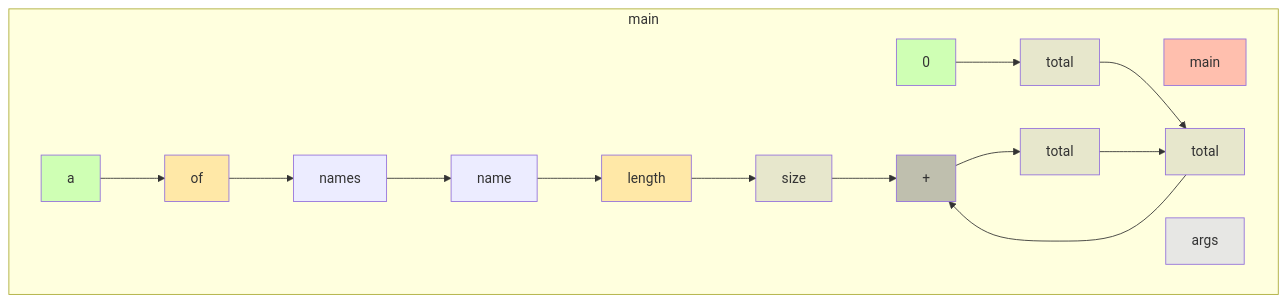
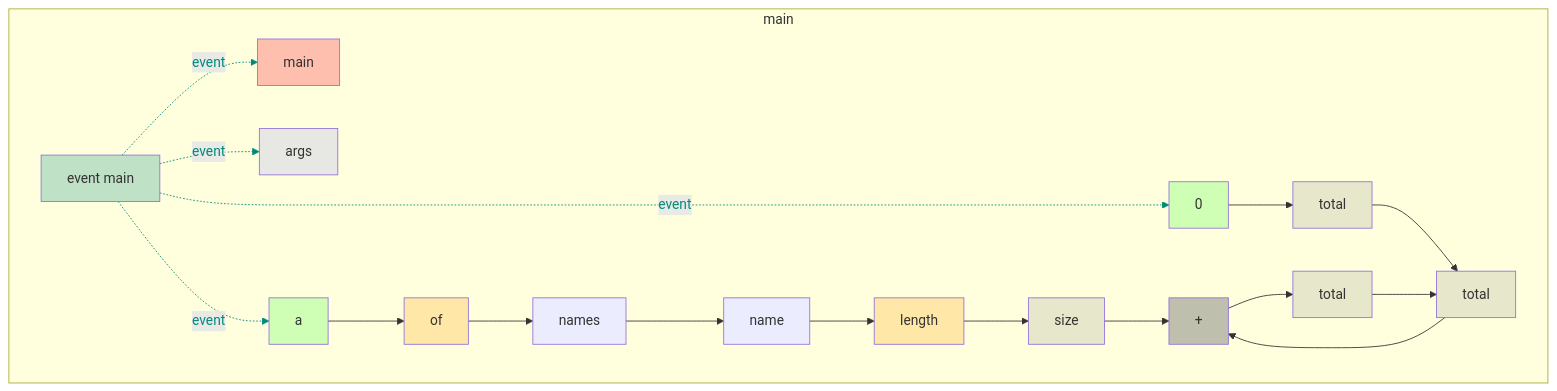
Before and after one commit to gstiebler/codeflow: the diagram in app/src/test/resources/enhancedFor/snapshot.md, drawn with Mermaid. The commit also changed 77 other files, not shown here.

````diff
--- a/app/src/test/resources/enhancedFor/snapshot.md
+++ b/app/src/test/resources/enhancedFor/snapshot.md
@@ -1,36 +1,46 @@
 ```mermaid
 flowchart TD
   subgraph b0["main"]
-    n1[main]:::RETURN
-    n2[args]:::FUNC_PARAM
-    n3["a"]:::LITERAL
-    n4[of]:::EXTERNAL
-    n5[names]:::OBJ_VARIABLE
-    n6[0]:::LITERAL
-    n7[total]:::VARIABLE
+    n1[event main]:::EVENT
+    n2[main]:::RETURN
+    n3[args]:::FUNC_PARAM
+    n4["a"]:::LITERAL
+    n5[of]:::EXTERNAL
+    n6[names]:::OBJ_VARIABLE
+    n7[0]:::LITERAL
     n8[total]:::VARIABLE
-    n9[name]:::OBJ_VARIABLE
-    n10[length]:::EXTERNAL
-    n11[size]:::VARIABLE
-    n12[+]:::BIN_OP
-    n13[total]:::VARIABLE
-    n3["a"]:::LITERAL --> n4[of]:::EXTERNAL
-    n4[of]:::EXTERNAL --> n5[names]:::OBJ_VARIABLE
-    n5[names]:::OBJ_VARIABLE --> n9[name]:::OBJ_VARIABLE
-    n6[0]:::LITERAL --> n7[total]:::VARIABLE
-    n7[total]:::VARIABLE --> n8[total]:::VARIABLE
-    n8[total]:::VARIABLE --> n12[+]:::BIN_OP
-    n9[name]:::OBJ_VARIABLE --> n10[length]:::EXTERNAL
-    n10[length]:::EXTERNAL --> n11[size]:::VARIABLE
-    n11[size]:::VARIABLE --> n12[+]:::BIN_OP
-    n12[+]:::BIN_OP --> n13[total]:::VARIABLE
-    n13[total]:::VARIABLE --> n8[total]:::VARIABLE
+    n9[total]:::VARIABLE
+    n10[name]:::OBJ_VARIABLE
+    n11[length]:::EXTERNAL
+    n12[size]:::VARIABLE
+    n13[+]:::BIN_OP
+    n14[total]:::VARIABLE
+    n1[event main]:::EVENT -. event .-> n2[main]:::RETURN
+    n1[event main]:::EVENT -. event .-> n3[args]:::FUNC_PARAM
+    n1[event main]:::EVENT -. event .-> n4["a"]:::LITERAL
+    n1[event main]:::EVENT -. event .-> n7[0]:::LITERAL
+    n4["a"]:::LITERAL --> n5[of]:::EXTERNAL
+    n5[of]:::EXTERNAL --> n6[names]:::OBJ_VARIABLE
+    n6[names]:::OBJ_VARIABLE --> n10[name]:::OBJ_VARIABLE
+    n7[0]:::LITERAL --> n8[total]:::VARIABLE
+    n8[total]:::VARIABLE --> n9[total]:::VARIABLE
+    n9[total]:::VARIABLE --> n13[+]:::BIN_OP
+    n10[name]:::OBJ_VARIABLE --> n11[length]:::EXTERNAL
+    n11[length]:::EXTERNAL --> n12[size]:::VARIABLE
+    n12[size]:::VARIABLE --> n13[+]:::BIN_OP
+    n13[+]:::BIN_OP --> n14[total]:::VARIABLE
+    n14[total]:::VARIABLE --> n9[total]:::VARIABLE
   end
+  linkStyle 0 stroke:#00897b,color:#00897b
+  linkStyle 1 stroke:#00897b,color:#00897b
+  linkStyle 2 stroke:#00897b,color:#00897b
+  linkStyle 3 stroke:#00897b,color:#00897b
   classDef LITERAL fill:#00FF0030
   classDef VARIABLE fill:#80808030
   classDef BIN_OP fill:#80808080
   classDef FUNC_PARAM fill:#8080FF30
   classDef RETURN fill:#FF808080
   classDef EXTERNAL fill:#FFA50040
   classDef UNMODELLED fill:#FF000030,stroke-dasharray: 4 2
+  classDef EVENT fill:#00897B40
 ```
````
